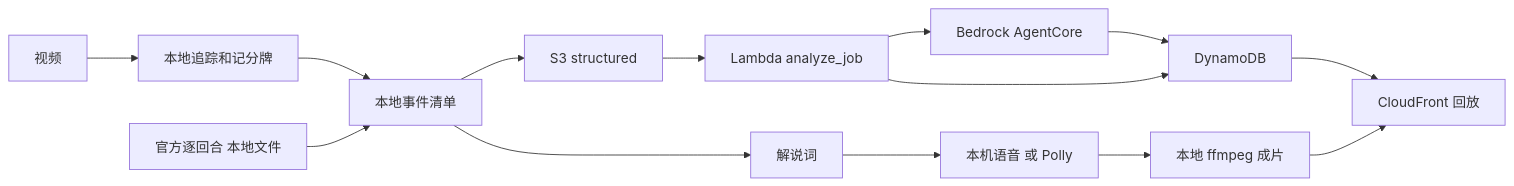
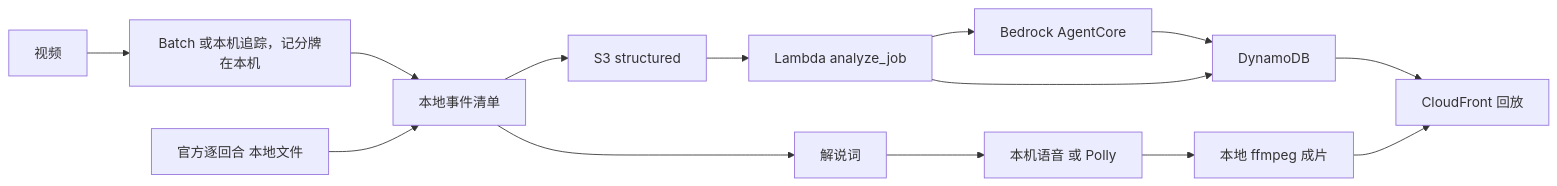
Before and after one commit to Max-lzp/Agent-NBA: the diagram in docs/pipeline-map.md, drawn with Mermaid. The commit also changed other lines of this file and 29 other files, not shown here.

````diff
--- a/docs/pipeline-map.md
+++ b/docs/pipeline-map.md
@@ -8,16 +8,16 @@
 ```mermaid
 flowchart LR
-  video[视频] --> vision[本地追踪和记分牌]
+  video[视频] --> vision[Batch 或本机追踪，记分牌在本机]
   vision --> stream[本地事件清单]
   official[官方逐回合 本地文件] --> stream
   stream --> s3[S3 structured]
   s3 --> analyze[Lambda analyze_job]
   analyze --> agent[Bedrock AgentCore]
   agent --> ddb[DynamoDB]
   analyze --> ddb
   ddb --> page[CloudFront 回放]
   stream --> words[解说词]
   words --> voice[本机语音 或 Polly]
   voice --> cut[本地 ffmpeg 成片]
   cut --> page
 ```
````
